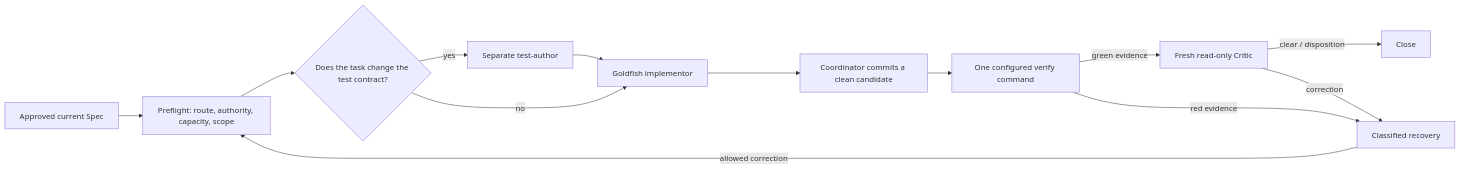
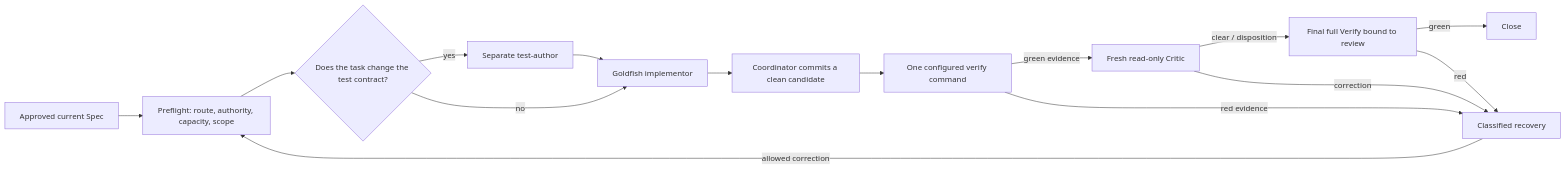
The second of 2 diagrams in PIPELINE_FLOW.md (agent-pipe-shared/agent-pipeline), drawn with Mermaid before and after one commit. The commit also changed other lines of this file and 10 other files, not shown here.

````diff
--- a/PIPELINE_FLOW.md
+++ b/PIPELINE_FLOW.md
@@ -163,15 +165,17 @@
 ```mermaid
 flowchart LR
     SP[Approved current Spec] --> PF[Preflight: route, authority, capacity, scope]
     PF --> TD{Does the task change the test contract?}
     TD -->|yes| T[Separate test-author]
     TD -->|no| G[Goldfish implementor]
     T --> G
     G --> CM[Coordinator commits a clean candidate]
     CM --> VE[One configured verify command]
     VE -->|green evidence| CR[Fresh read-only Critic]
     VE -->|red evidence| RE[Classified recovery]
-    CR -->|clear / disposition| CO[Close]
+    CR -->|clear / disposition| FV[Final full Verify bound to review]
+    FV -->|green| CO[Close]
+    FV -->|red| RE
     CR -->|correction| RE
     RE -->|allowed correction| PF
 ```
````
